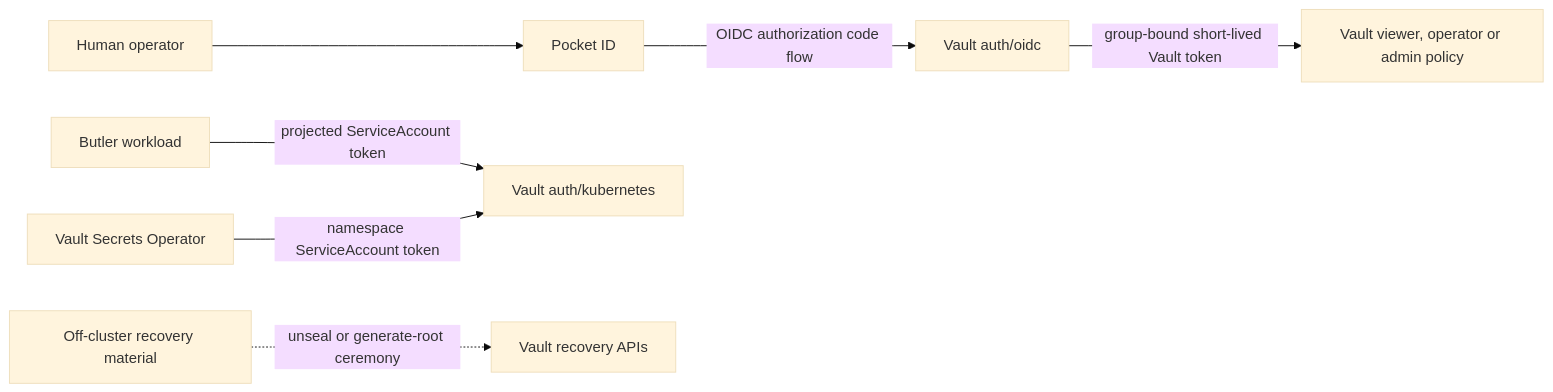
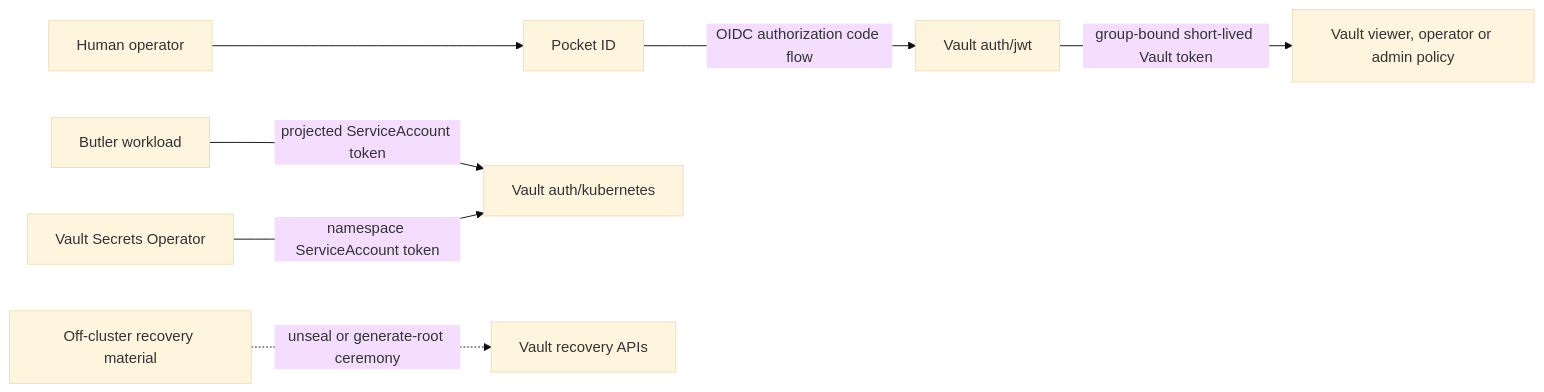
One commit to iamkhattar/homelab changed the fifth of 6 diagrams in plan.md. Above: the diagram before and after it, drawn with Mermaid (base theme). The commit also changed other lines of this file and 11 other files, not shown here.

````diff
--- a/plan.md
+++ b/plan.md
@@ -1074,11 +1073,11 @@
 ```mermaid
 flowchart LR
   Human["Human operator"] --> PocketID["Pocket ID"]
-  PocketID -->|"OIDC authorization code flow"| VaultOIDC["Vault auth/oidc"]
+  PocketID -->|"OIDC authorization code flow"| VaultOIDC["Vault auth/jwt"]
   VaultOIDC -->|"group-bound short-lived Vault token"| VaultPolicy["Vault viewer, operator or admin policy"]
 
   Butler["Butler workload"] -->|"projected ServiceAccount token"| K8sAuth["Vault auth/kubernetes"]
   VSO["Vault Secrets Operator"] -->|"namespace ServiceAccount token"| K8sAuth
 
   Recovery["Off-cluster recovery material"] -.->|"unseal or generate-root ceremony"| VaultRecovery["Vault recovery APIs"]
 ```
````
